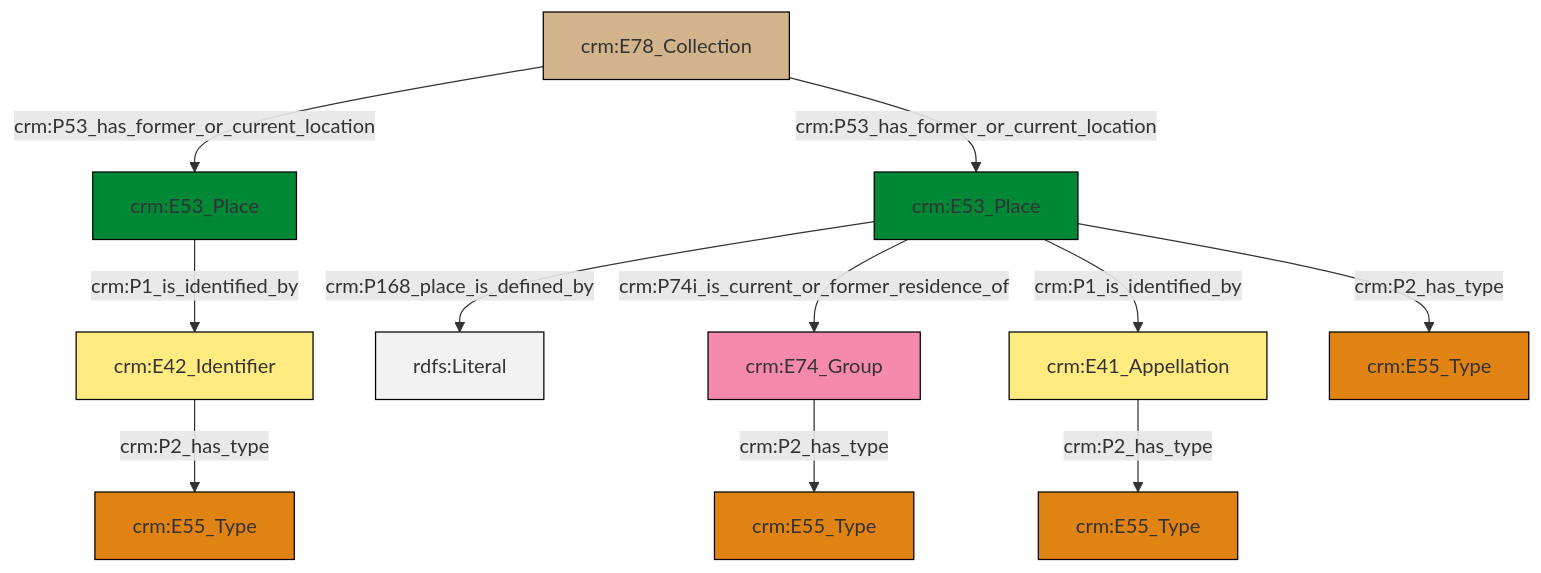
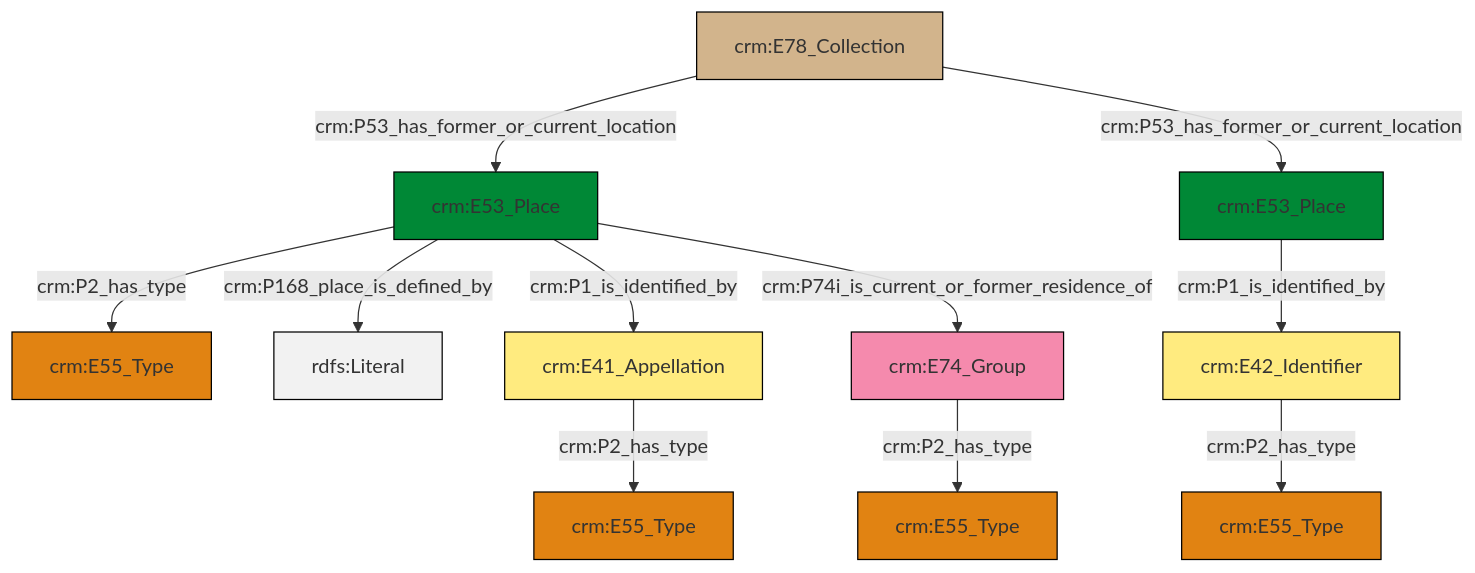
Before and after one commit to swiss-art-research-net/docs.swissartresearch: the diagram in et/archivalCSV/ttl/mmd/archival_location.ttl.mmd, drawn with Mermaid. The commit also changed 177 other files, not shown here.

```diff
--- a/et/archivalCSV/ttl/mmd/archival_location.ttl.mmd
+++ b/et/archivalCSV/ttl/mmd/archival_location.ttl.mmd
@@ -1,25 +1,25 @@
 graph TD
 classDef Literal fill:#f2f2f2,stroke:#000000;
 classDef CRM_Entity fill:#FFFFFF,stroke:#000000;
 classDef Temporal_Entity fill:#00C9E6, stroke:#000000;
 classDef Type fill:#E18312, stroke:#000000;
 classDef Time-Span fill:#2C9C91, stroke:#000000;
 classDef Appellation fill:#FFEB7F, stroke:#000000;
 classDef Place fill:#008836, stroke:#000000;
 classDef Persistent_Item fill:#B266B2, stroke:#000000;
 classDef Conceptual_Object fill:#FFD700, stroke:#000000;
 classDef Physical_Thing fill:#D2B48C, stroke:#000000;
 classDef Actor fill:#f58aad, stroke:#000000;
 classDef PC_Classes fill:#4ce600, stroke:#000000;
 classDef Multi fill:#cccccc,stroke:#000000;
 
-2["crm:E53_Place"]:::Place -->|crm:P168_place_is_defined_by| 3[rdfs:Literal]:::Literal
-2["crm:E53_Place"]:::Place -->|crm:P74i_is_current_or_former_residence_of| 7["crm:E74_Group"]:::Actor
-9["crm:E42_Identifier"]:::Appellation -->|crm:P2_has_type| 5["crm:E55_Type"]:::Type
-2["crm:E53_Place"]:::Place -->|crm:P1_is_identified_by| 11["crm:E41_Appellation"]:::Appellation
-14["crm:E78_Collection"]:::Physical_Thing -->|crm:P53_has_former_or_current_location| 15["crm:E53_Place"]:::Place
-7["crm:E74_Group"]:::Actor -->|crm:P2_has_type| 16["crm:E55_Type"]:::Type
-14["crm:E78_Collection"]:::Physical_Thing -->|crm:P53_has_former_or_current_location| 2["crm:E53_Place"]:::Place
-15["crm:E53_Place"]:::Place -->|crm:P1_is_identified_by| 9["crm:E42_Identifier"]:::Appellation
-11["crm:E41_Appellation"]:::Appellation -->|crm:P2_has_type| 0["crm:E55_Type"]:::Type
-2["crm:E53_Place"]:::Place -->|crm:P2_has_type| 12["crm:E55_Type"]:::Type
+4["crm:E53_Place"]:::Place -->|crm:P168_place_is_defined_by| 6[rdfs:Literal]:::Literal
+4["crm:E53_Place"]:::Place -->|crm:P2_has_type| 2["crm:E55_Type"]:::Type
+11["crm:E74_Group"]:::Actor -->|crm:P2_has_type| 12["crm:E55_Type"]:::Type
+4["crm:E53_Place"]:::Place -->|crm:P1_is_identified_by| 15["crm:E41_Appellation"]:::Appellation
+18["crm:E42_Identifier"]:::Appellation -->|crm:P2_has_type| 9["crm:E55_Type"]:::Type
+16["crm:E78_Collection"]:::Physical_Thing -->|crm:P53_has_former_or_current_location| 4["crm:E53_Place"]:::Place
+16["crm:E78_Collection"]:::Physical_Thing -->|crm:P53_has_former_or_current_location| 0["crm:E53_Place"]:::Place
+0["crm:E53_Place"]:::Place -->|crm:P1_is_identified_by| 18["crm:E42_Identifier"]:::Appellation
+4["crm:E53_Place"]:::Place -->|crm:P74i_is_current_or_former_residence_of| 11["crm:E74_Group"]:::Actor
+15["crm:E41_Appellation"]:::Appellation -->|crm:P2_has_type| 7["crm:E55_Type"]:::Type
```
